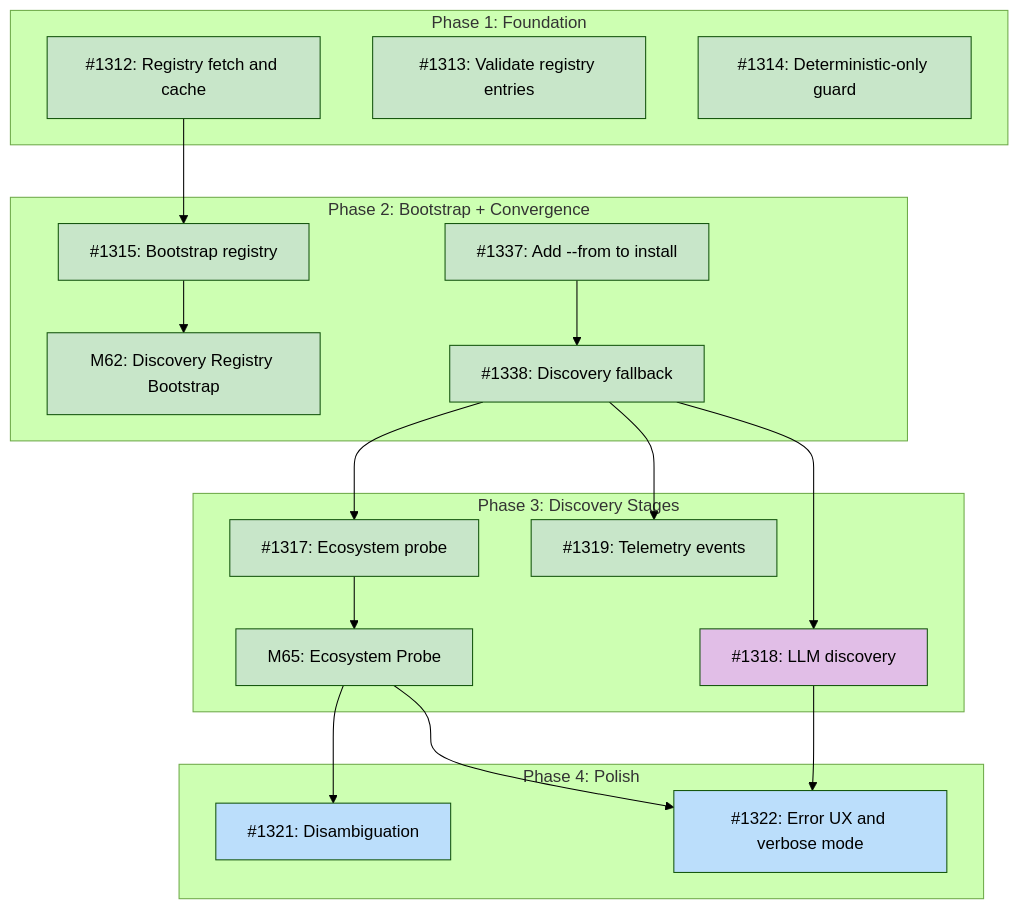
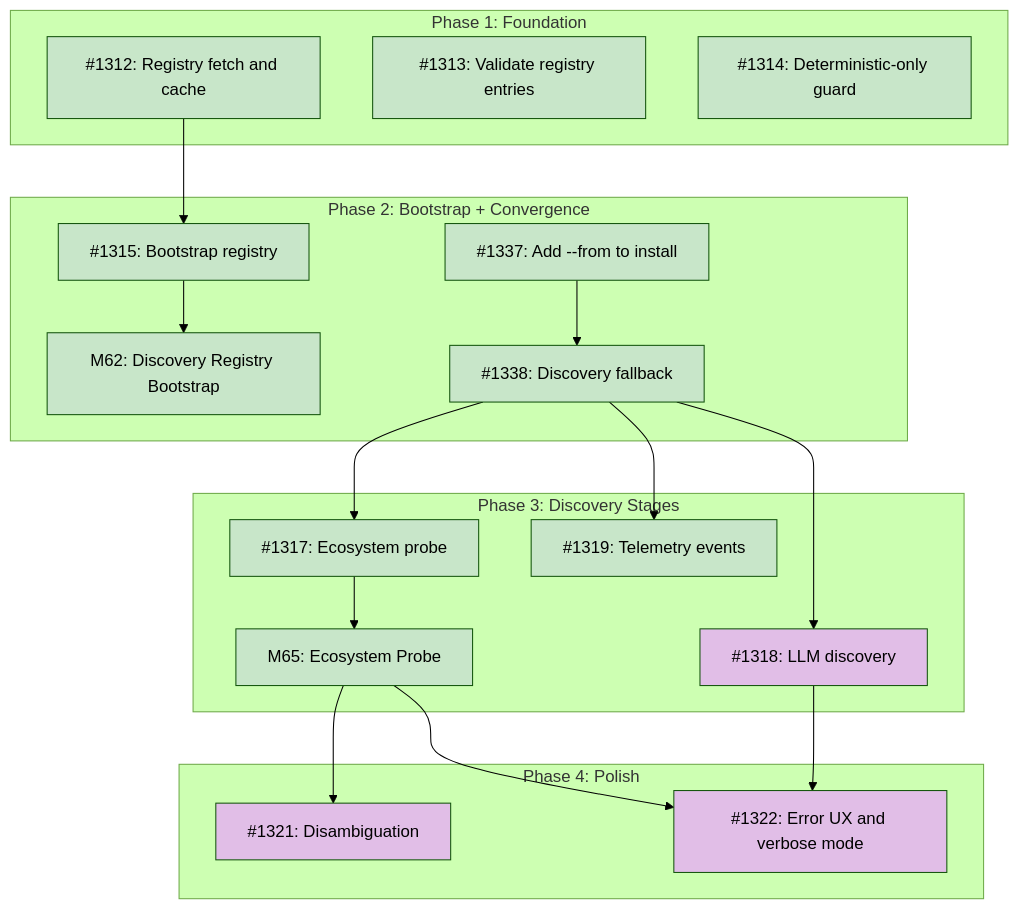
One commit to tsukumogami/tsuku changed the diagram in docs/designs/DESIGN-discovery-resolver.md. Above: the diagram before and after it, drawn with Mermaid (forest theme). The commit also changed 1 other file, not shown here.

Commit message:
fix(docs): correct design doc validation errors
- Remove Implementation Issues section from DESIGN-ecosystem-probe.md
  (MM07: Current status docs cannot have dependency diagrams)
- Change I1321/I1322 class from 'ready' to 'needsDesign' in
  DESIGN-discovery-resolver.md (MM16: matches actual issue labels)

````diff
--- a/docs/designs/DESIGN-discovery-resolver.md
+++ b/docs/designs/DESIGN-discovery-resolver.md
@@ -64,54 +64,54 @@
 ```mermaid
 graph TD
     subgraph Phase1["Phase 1: Foundation"]
         I1312["#1312: Registry fetch and cache"]
         I1313["#1313: Validate registry entries"]
         I1314["#1314: Deterministic-only guard"]
     end
 
     subgraph Phase2["Phase 2: Bootstrap + Convergence"]
         M62["M62: Discovery Registry Bootstrap"]
         I1315["#1315: Bootstrap registry"]
         I1337["#1337: Add --from to install"]
         I1338["#1338: Discovery fallback"]
     end
 
     subgraph Phase3["Phase 3: Discovery Stages"]
         I1317["#1317: Ecosystem probe"]
         M65["M65: Ecosystem Probe"]
         I1318["#1318: LLM discovery"]
         I1319["#1319: Telemetry events"]
     end
 
     subgraph Phase4["Phase 4: Polish"]
         I1321["#1321: Disambiguation"]
         I1322["#1322: Error UX and verbose mode"]
     end
 
     I1312 --> I1315
     I1315 --> M62
     I1337 --> I1338
     I1338 --> I1317
     I1317 --> M65
     I1338 --> I1318
     I1338 --> I1319
     M65 --> I1321
     M65 --> I1322
     I1318 --> I1322
 
     classDef done fill:#c8e6c9
     classDef ready fill:#bbdefb
     classDef blocked fill:#fff9c4
     classDef needsDesign fill:#e1bee7
 
     class I1312,I1313,I1314 done
     class I1337,I1338 done
     class I1319 done
     class I1317 done
     class I1318 needsDesign
     class M65 done
     class M62 done
     class I1315 done
-    class I1321 ready
-    class I1322 ready
+    class I1321 needsDesign
+    class I1322 needsDesign
 ```
````
